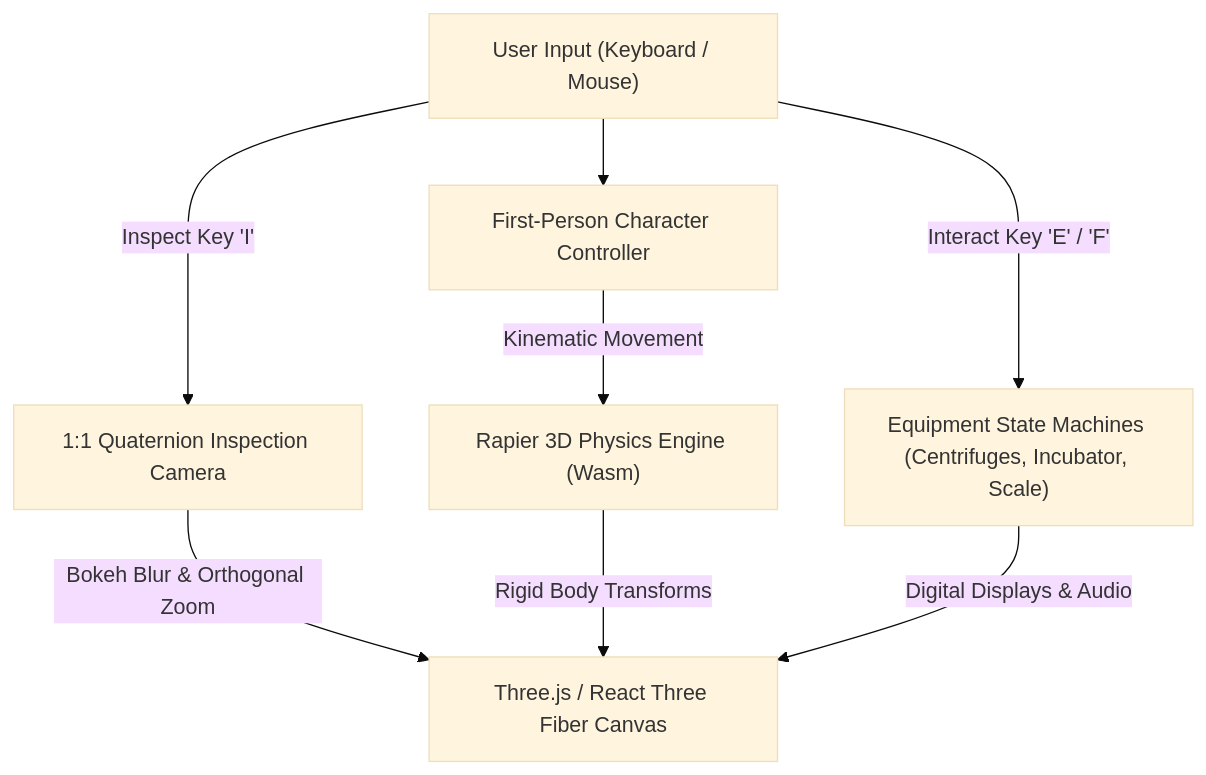
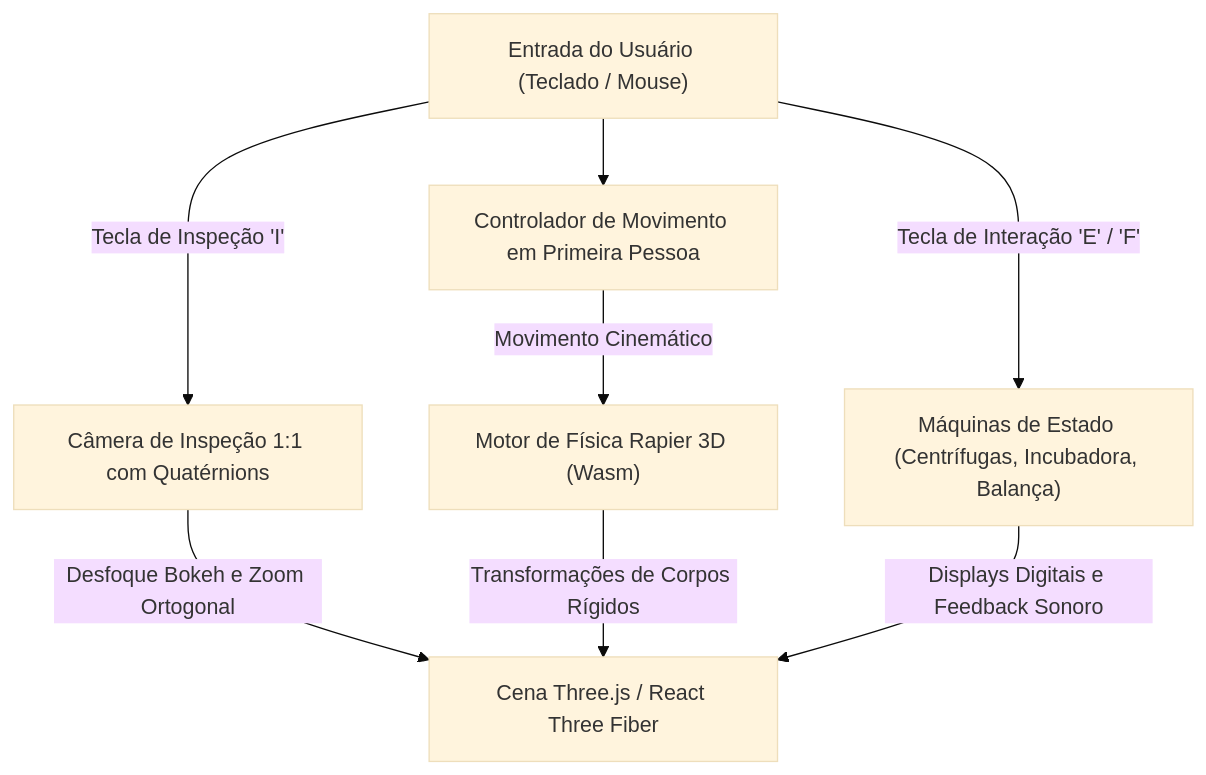
One commit to Fcsscoder/case-studies changed the first of 2 diagrams in 3d-graphics-and-simulation/clinical-lab-webgl-physics-simulation/README.md. Above: the diagram before and after it, drawn with Mermaid (base theme). The commit also changed other lines of this file and 21 other files, not shown here.

````diff
--- a/3d-graphics-and-simulation/clinical-lab-webgl-physics-simulation/README.md
+++ b/3d-graphics-and-simulation/clinical-lab-webgl-physics-simulation/README.md
@@ -9,17 +9,17 @@
 ```mermaid
 graph TD
-    User["User Input (Keyboard / Mouse)"]
-    Controller["First-Person Character Controller"]
-    Physics["Rapier 3D Physics Engine (Wasm)"]
-    Inspect["1:1 Quaternion Inspection Camera"]
-    Equip["Equipment State Machines (Centrifuges, Incubator, Scale)"]
-    Renderer["Three.js / React Three Fiber Canvas"]
+    User["Entrada do Usuário (Teclado / Mouse)"]
+    Controller["Controlador de Movimento em Primeira Pessoa"]
+    Physics["Motor de Física Rapier 3D (Wasm)"]
+    Inspect["Câmera de Inspeção 1:1 com Quatérnions"]
+    Equip["Máquinas de Estado (Centrífugas, Incubadora, Balança)"]
+    Renderer["Cena Three.js / React Three Fiber"]
 
     User --> Controller
-    Controller -->|Kinematic Movement| Physics
-    User -->|Inspect Key 'I'| Inspect
-    User -->|Interact Key 'E' / 'F'| Equip
-    Inspect -->|Bokeh Blur & Orthogonal Zoom| Renderer
-    Physics -->|Rigid Body Transforms| Renderer
-    Equip -->|Digital Displays & Audio| Renderer
+    Controller -->|Movimento Cinemático| Physics
+    User -->|Tecla de Inspeção 'I'| Inspect
+    User -->|Tecla de Interação 'E' / 'F'| Equip
+    Inspect -->|Desfoque Bokeh e Zoom Ortogonal| Renderer
+    Physics -->|Transformações de Corpos Rígidos| Renderer
+    Equip -->|Displays Digitais e Feedback Sonoro| Renderer
 ```
````
